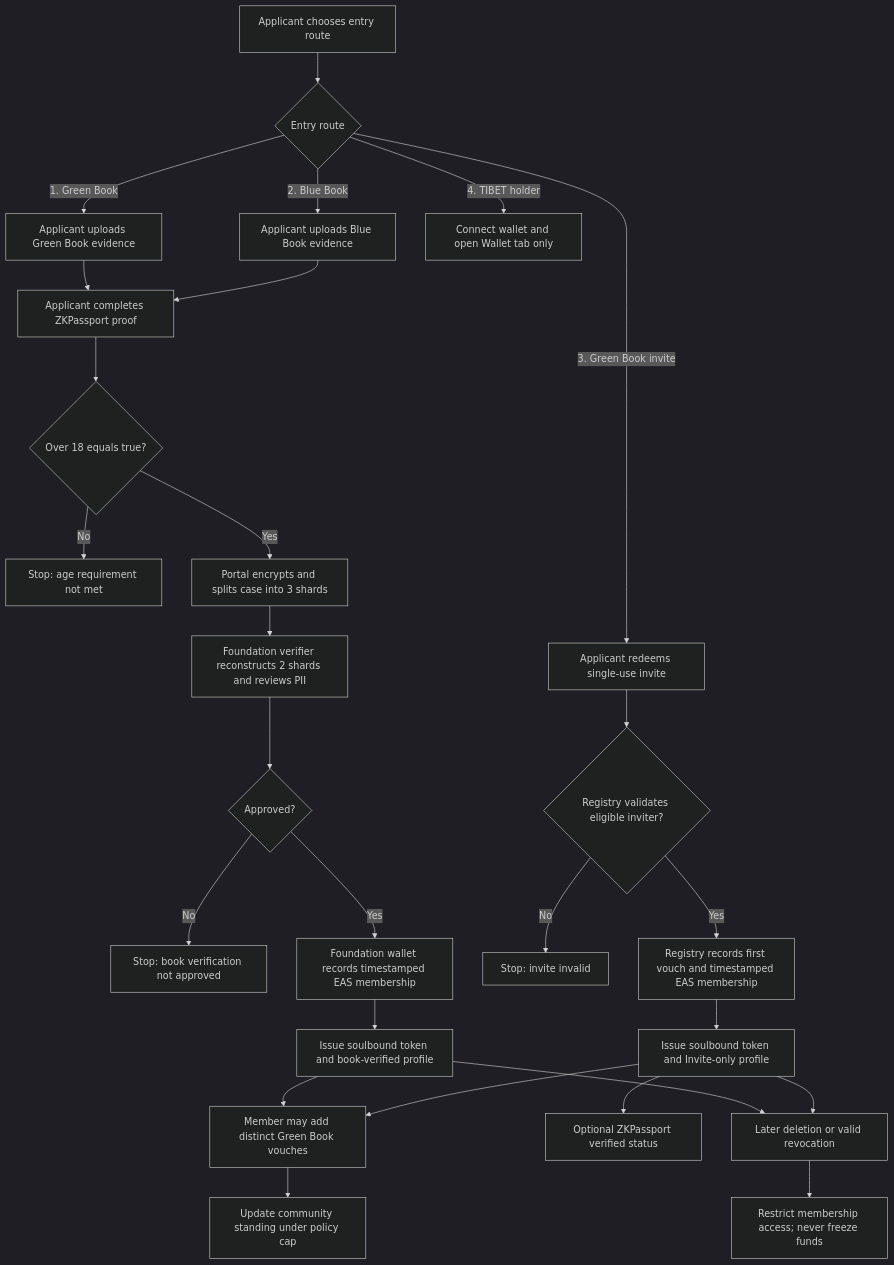
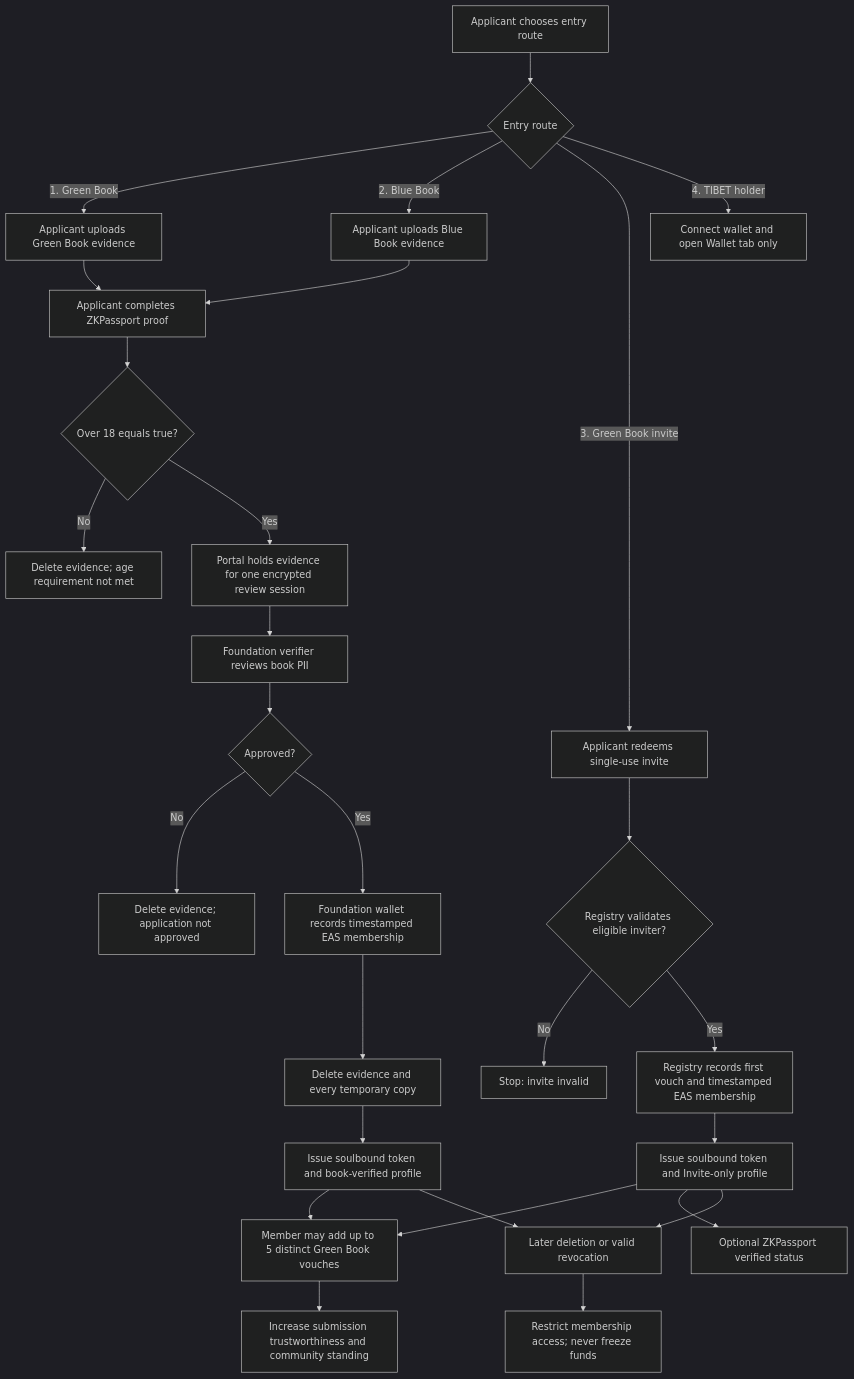
The first of 6 diagrams in README.md (AlexJupiter/tibetan-id), drawn with Mermaid (dark theme) before and after one commit. The commit also changed other lines of this file, not shown here.

Commit message:
Replace evidence custody with immediate deletion

````diff
--- a/README.md
+++ b/README.md
@@ -10,33 +10,34 @@
 ```mermaid
 flowchart TD
     A[Applicant chooses entry route] --> B{Entry route}
 
     B -->|1. Green Book| C[Applicant uploads Green Book evidence]
     B -->|2. Blue Book| D[Applicant uploads Blue Book evidence]
     C --> E[Applicant completes ZKPassport proof]
     D --> E
     E --> F{Over 18 equals true?}
-    F -->|No| F0[Stop: age requirement not met]
-    F -->|Yes| G[Portal encrypts and splits case into 3 shards]
-    G --> H[Foundation verifier reconstructs 2 shards and reviews PII]
+    F -->|No| F0[Delete evidence; age requirement not met]
+    F -->|Yes| G[Portal holds evidence for one encrypted review session]
+    G --> H[Foundation verifier reviews book PII]
     H --> I{Approved?}
-    I -->|No| I0[Stop: book verification not approved]
+    I -->|No| I0[Delete evidence; application not approved]
     I -->|Yes| J[Foundation wallet records timestamped EAS membership]
 
     B -->|3. Green Book invite| K[Applicant redeems single-use invite]
     K --> L{Registry validates eligible inviter?}
     L -->|No| L0[Stop: invite invalid]
     L -->|Yes| M[Registry records first vouch and timestamped EAS membership]
 
     B -->|4. TIBET holder| N[Connect wallet and open Wallet tab only]
 
-    J --> O[Issue soulbound token and book-verified profile]
+    J --> J0[Delete evidence and every temporary copy]
+    J0 --> O[Issue soulbound token and book-verified profile]
     M --> P[Issue soulbound token and Invite-only profile]
-    O --> Q[Member may add distinct Green Book vouches]
+    O --> Q[Member may add up to 5 distinct Green Book vouches]
     P --> Q
     P --> R[Optional ZKPassport verified status]
-    Q --> S[Update community standing under policy cap]
+    Q --> S[Increase submission trustworthiness and community standing]
     O --> T[Later deletion or valid revocation]
     P --> T
     T --> U[Restrict membership access; never freeze funds]
 ```
````
